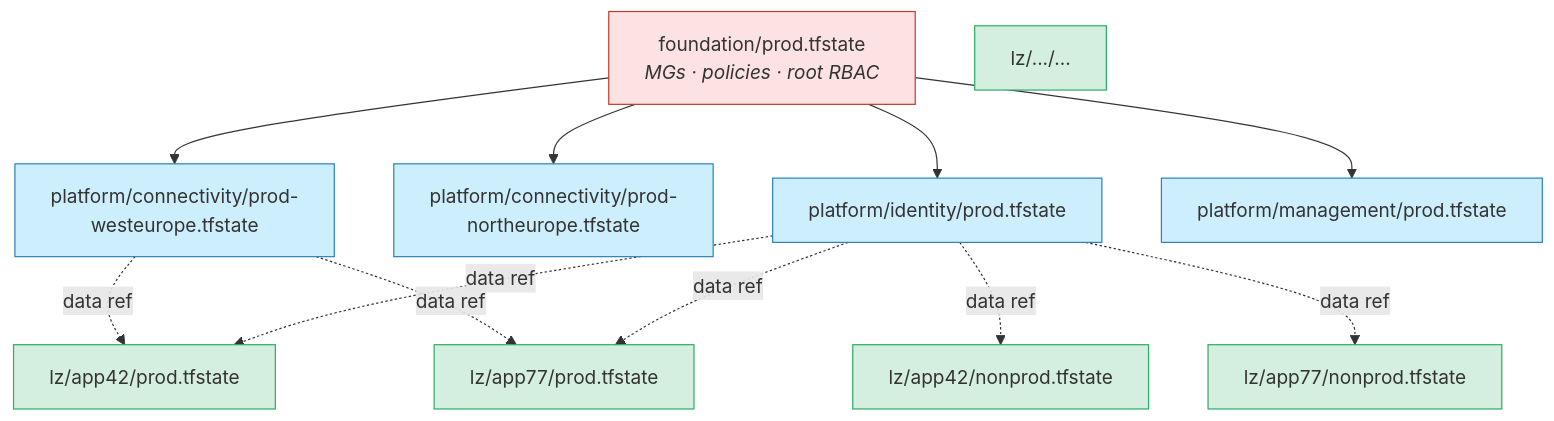
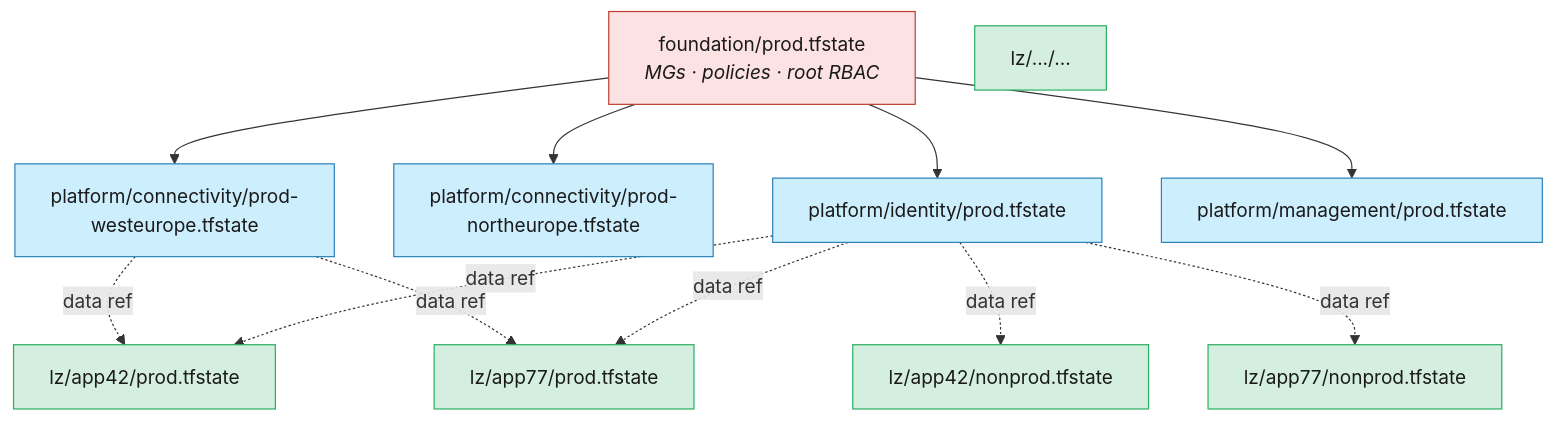
The diagram in docs/07-state-management.md (erjosito/alz-repo-best-practices), drawn with Mermaid before and after one commit. The commit also changed other lines of this file and 12 other files, not shown here.

First line of the commit message:
Add glossary boxes, fix diagram readability, replace broken Diátaxis chart

````diff
--- a/docs/07-state-management.md
+++ b/docs/07-state-management.md
@@ -150,24 +159,24 @@
 ```mermaid
 flowchart TB
     F["foundation/prod.tfstate<br/><i>MGs · policies · root RBAC</i>"]
     P1["platform/connectivity/prod-westeurope.tfstate"]
     P2["platform/connectivity/prod-northeurope.tfstate"]
     P3["platform/identity/prod.tfstate"]
     P4["platform/management/prod.tfstate"]
     L1["lz/app42/prod.tfstate"]
     L2["lz/app42/nonprod.tfstate"]
     L3["lz/app77/prod.tfstate"]
     L4["lz/app77/nonprod.tfstate"]
     L5["lz/.../..."]
 
     F --> P1 & P2 & P3 & P4
     P1 -. data ref .-> L1 & L3
     P3 -. data ref .-> L1 & L2 & L3 & L4
 
-    classDef found fill:#fde2e4,stroke:#c0392b
-    classDef plat  fill:#cdeffd,stroke:#2980b9
-    classDef lz    fill:#d4efdf,stroke:#27ae60
+    classDef found fill:#fde2e4,stroke:#c0392b,color:#1a1a1a
+    classDef plat  fill:#cdeffd,stroke:#2980b9,color:#1a1a1a
+    classDef lz    fill:#d4efdf,stroke:#27ae60,color:#1a1a1a
     class F found
     class P1,P2,P3,P4 plat
     class L1,L2,L3,L4,L5 lz
 ```
````
